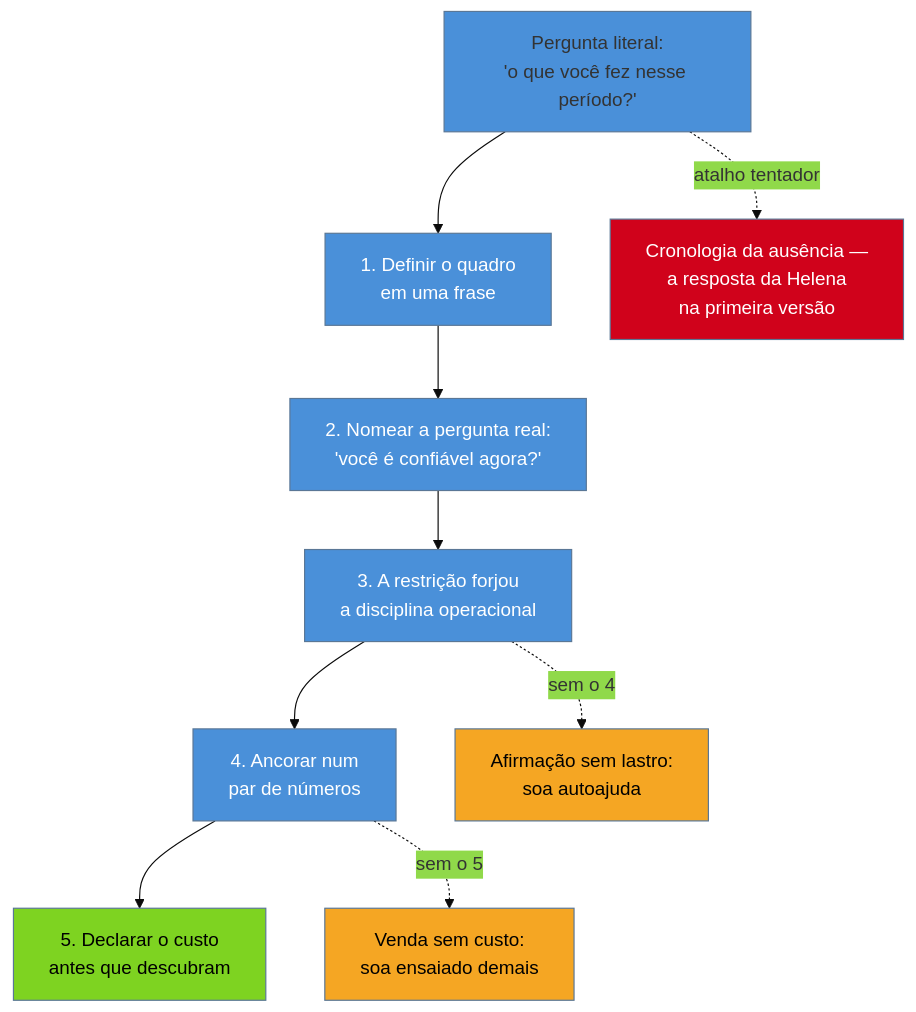
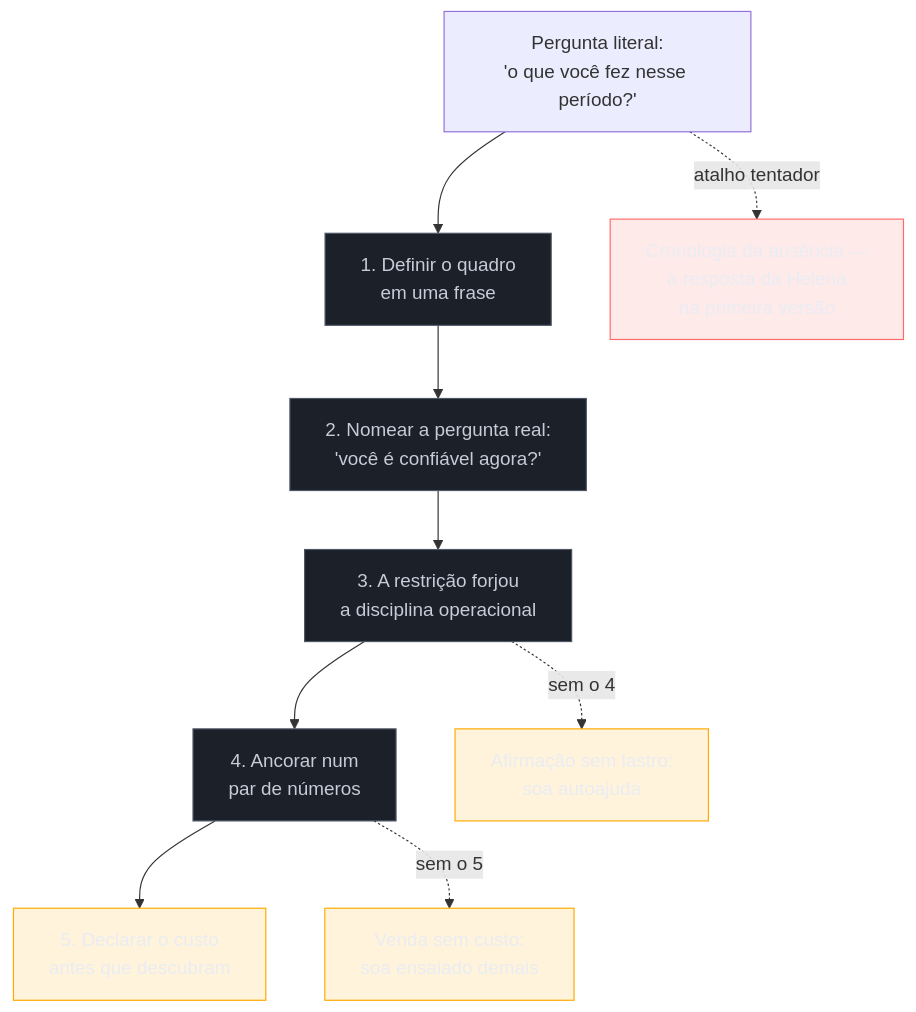
One commit to josenaldo/codex-technomanticus changed the diagram in 03-Dominios/Carreira/Entrevistas/12a - Defender um hiato longo.md. Above: the diagram before and after it, drawn with Mermaid. The commit also changed 1181 other files, not shown here.

First line of the commit message:
fix(diagramas): paleta do sistema no lugar de cor cravada no markdown

````diff
--- a/03-Dominios/Carreira/Entrevistas/12a - Defender um hiato longo.md
+++ b/03-Dominios/Carreira/Entrevistas/12a - Defender um hiato longo.md
@@ -71,22 +71,24 @@
 ```mermaid
-%%{init: {"theme": "base", "themeVariables": {"primaryColor": "#4A90D9"}}}%%
 graph TD
+    classDef neutro fill:#1B2029,stroke:#4E5666,color:#C6CCD8
+    classDef destaque fill:#FFAA0024,stroke:#FFAA00,color:#E9ECF2
+    classDef falha fill:#FF6B6B24,stroke:#FF6B6B,color:#E9ECF2
     P["Pergunta literal:<br/>'o que você fez nesse período?'"] --> R1["1. Definir o quadro<br/>em uma frase"]
     R1 --> R2["2. Nomear a pergunta real:<br/>'você é confiável agora?'"]
     R2 --> R3["3. A restrição forjou<br/>a disciplina operacional"]
     R3 --> R4["4. Ancorar num<br/>par de números"]
     R4 --> R5["5. Declarar o custo<br/>antes que descubram"]
 
     P -.atalho tentador.-> E1["Cronologia da ausência —<br/>a resposta da Helena<br/>na primeira versão"]
     R3 -.sem o 4.-> E2["Afirmação sem lastro:<br/>soa autoajuda"]
     R4 -.sem o 5.-> E3["Venda sem custo:<br/>soa ensaiado demais"]
 
-    style R1 fill:#4A90D9,color:#fff
-    style R2 fill:#4A90D9,color:#fff
-    style R3 fill:#4A90D9,color:#fff
-    style R4 fill:#4A90D9,color:#fff
-    style R5 fill:#7ED321,color:#000
-    style E1 fill:#D0021B,color:#fff
-    style E2 fill:#F5A623,color:#000
-    style E3 fill:#F5A623,color:#000
+    class R1 neutro
+    class R2 neutro
+    class R3 neutro
+    class R4 neutro
+    class R5 destaque
+    class E1 falha
+    class E2 destaque
+    class E3 destaque
 ```
````
